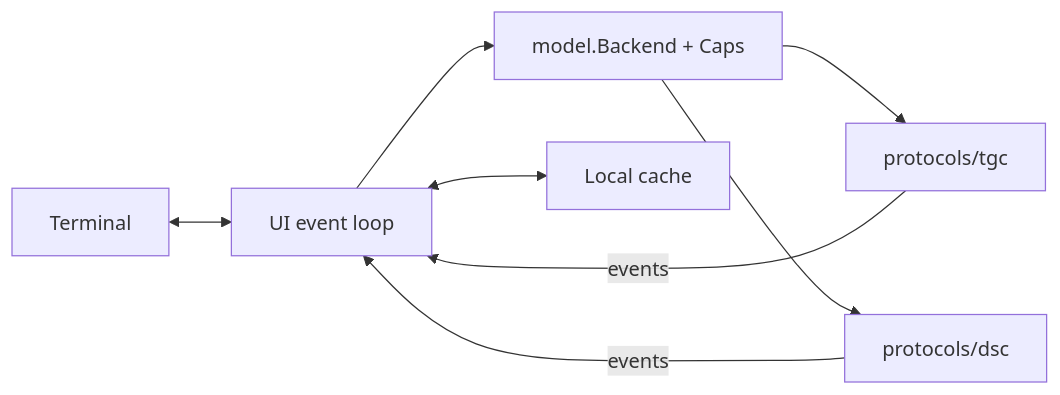
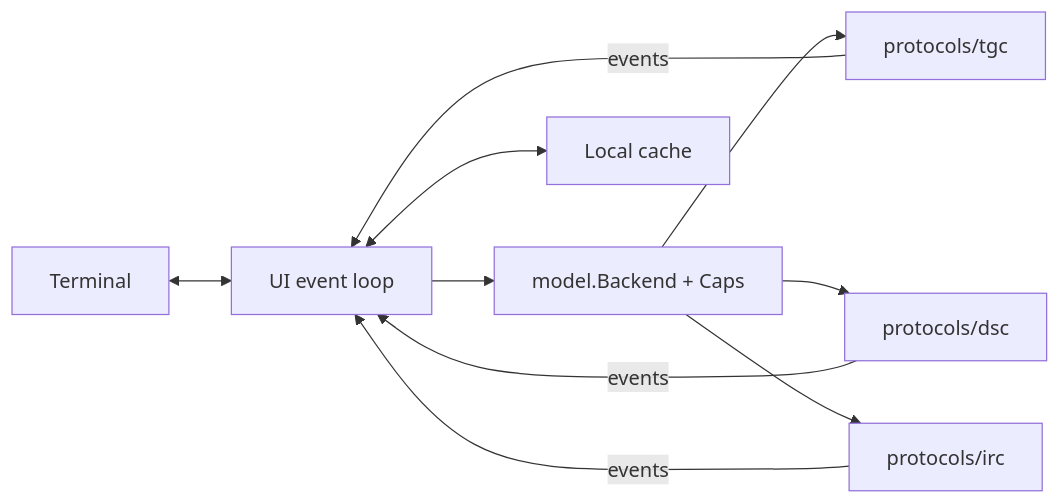
The diagram in README.md (govlog/ttyloom), drawn with Mermaid before and after one commit. The commit also changed other lines of this file and 20 other files, not shown here.

````diff
--- a/README.md
+++ b/README.md
@@ -254,10 +258,12 @@
 ```mermaid
 flowchart LR
     T[Terminal] <--> U[UI event loop]
     U --> M[model.Backend + Caps]
     M --> TG[protocols/tgc]
     M --> DC[protocols/dsc]
+    M --> IR[protocols/irc]
     TG -->|events| U
     DC -->|events| U
+    IR -->|events| U
     U <--> C[Local cache]
 ```
````
